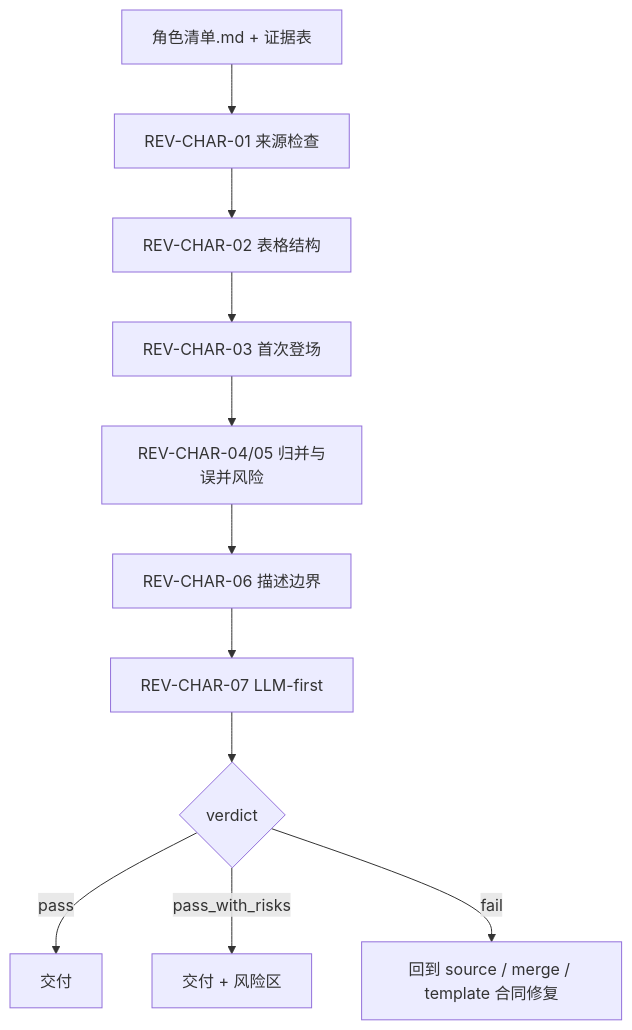
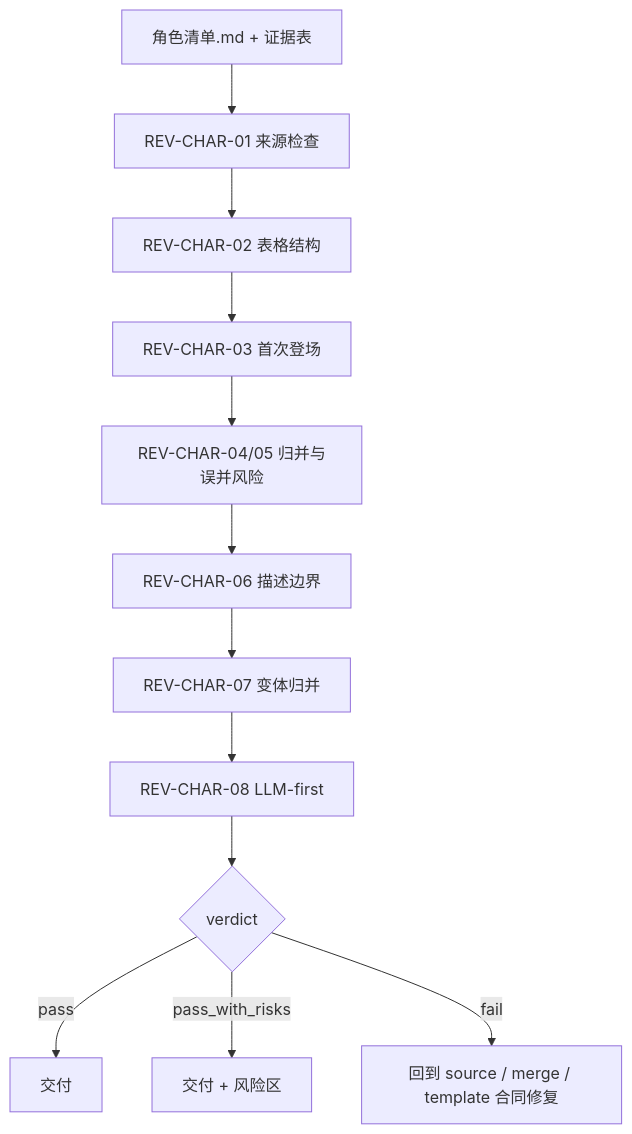
The diagram in .agents/skills/aigc/3-主体/角色/1-清单/review/review-contract.md (ZEN-VOID/AI-CUT), drawn with Mermaid before and after one commit. The commit also changed other lines of this file and 439 other files, not shown here.

````diff
--- a/.agents/skills/aigc/3-主体/角色/1-清单/review/review-contract.md
+++ b/.agents/skills/aigc/3-主体/角色/1-清单/review/review-contract.md
@@ -15,13 +15,14 @@
 ```mermaid
 flowchart TD
     A["角色清单.md + 证据表"] --> B["REV-CHAR-01 来源检查"]
     B --> C["REV-CHAR-02 表格结构"]
     C --> D["REV-CHAR-03 首次登场"]
     D --> E["REV-CHAR-04/05 归并与误并风险"]
     E --> F["REV-CHAR-06 描述边界"]
-    F --> G["REV-CHAR-07 LLM-first"]
+    F --> V["REV-CHAR-07 变体归并"]
+    V --> G["REV-CHAR-08 LLM-first"]
     G --> H{"verdict"}
     H -->|"pass"| I["交付"]
     H -->|"pass_with_risks"| J["交付 + 风险区"]
     H -->|"fail"| K["回到 source / merge / template 合同修复"]
 ```
````
